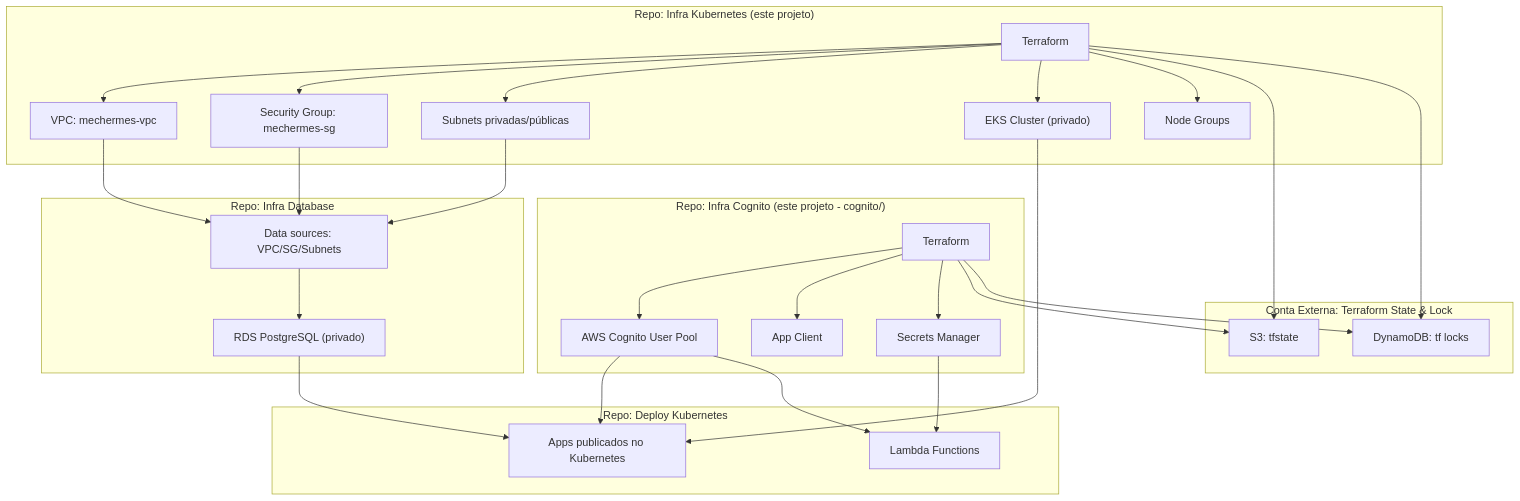
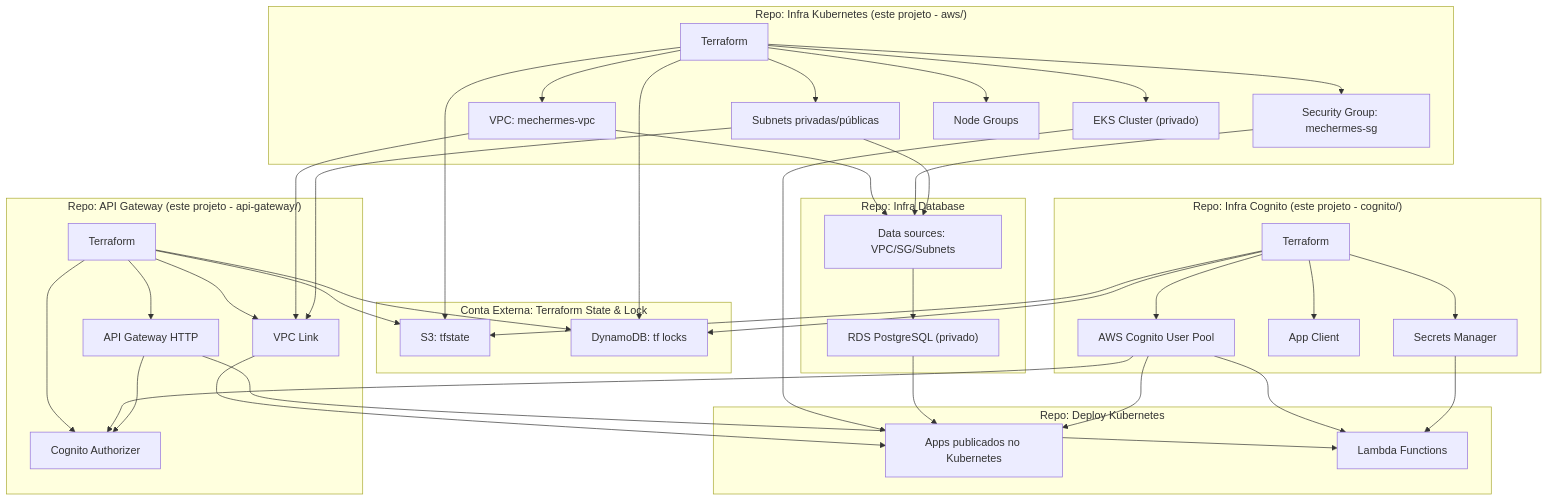
Before and after one commit to fiap-challenge-13soat/mecanica-hermes-infra: the diagram in README.md, drawn with Mermaid. The commit also changed other lines of this file and 24 other files, not shown here.

Commit message:
feat api gateway

````diff
--- a/README.md
+++ b/README.md
@@ -42,58 +45,78 @@
 ```mermaid
 flowchart
-  subgraph Step1["Repo: Infra Kubernetes (este projeto)"]
+  subgraph Step1["Repo: Infra Kubernetes (este projeto - aws/)"]
    TF["Terraform"]
    VPC["VPC: mechermes-vpc"]
    SG["Security Group: mechermes-sg"]
    Subnet["Subnets privadas/públicas"]
    EKS["EKS Cluster (privado)"]
    Nodes["Node Groups"]
   end
 
   subgraph Step2["Repo: Infra Cognito (este projeto - cognito/)"]
    TF_Cognito["Terraform"]
    Cognito["AWS Cognito User Pool"]
    CognitoClient["App Client"]
    CognitoSecret["Secrets Manager"]
   end
 
   subgraph Step3["Repo: Infra Database"]
    Data["Data sources: VPC/SG/Subnets"]
    RDS["RDS PostgreSQL (privado)"]
   end
 
   subgraph Step4["Conta Externa: Terraform State & Lock"]
    S3["S3: tfstate"]
    DDB["DynamoDB: tf locks"]
   end
 
   subgraph Step5["Repo: Deploy Kubernetes"]
    Apps["Apps publicados no Kubernetes"]
    Lambda["Lambda Functions"]
   end
 
+  subgraph Step6["Repo: API Gateway (este projeto - api-gateway/)"]
+   TF_APIG["Terraform"]
+   APIG["API Gateway HTTP"]
+   VPCLink["VPC Link"]
+   CognitoAuth["Cognito Authorizer"]
+  end
+
   TF --> VPC
   TF --> SG
   TF --> Subnet
   TF --> EKS
   TF --> Nodes
   TF --> S3
   TF --> DDB
 
   TF_Cognito --> Cognito
   TF_Cognito --> CognitoClient
   TF_Cognito --> CognitoSecret
   TF_Cognito --> S3
   TF_Cognito --> DDB
 
   VPC --> Data
   SG --> Data
   Subnet --> Data
   Data --> RDS
 
   EKS --> Apps
   RDS --> Apps
   Cognito --> Apps
   Cognito --> Lambda
   CognitoSecret --> Lambda
+
+  TF_APIG --> APIG
+  TF_APIG --> VPCLink
+  TF_APIG --> CognitoAuth
+  TF_APIG --> S3
+  TF_APIG --> DDB
+  
+  VPC --> VPCLink
+  Subnet --> VPCLink
+  Cognito --> CognitoAuth
+  APIG --> CognitoAuth
+  APIG --> Lambda
+  VPCLink --> Apps
 ```
````
